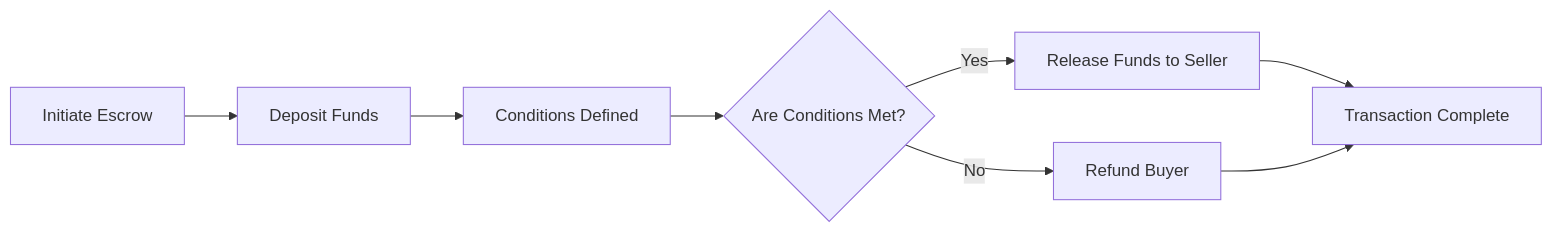
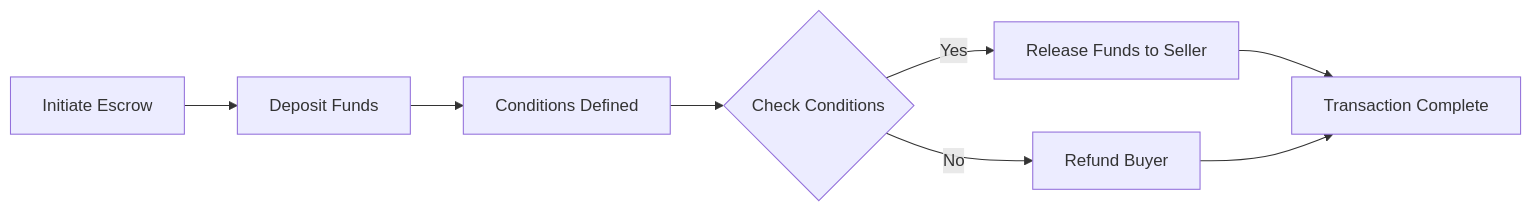
One commit to solana-turbin3/Q3_25_Builder_AQuental changed the diagram in escrow/README.md. Above: the diagram before and after it, drawn with Mermaid. The commit also changed other lines of this file and 21 other files, not shown here.

````diff
--- a/escrow/README.md
+++ b/escrow/README.md
@@ -7,10 +7,10 @@
 ```mermaid
 flowchart LR
     A[Initiate Escrow] --> B[Deposit Funds]
     B --> C[Conditions Defined]
-    C --> D{Are Conditions Met?}
+    C --> D{Check Conditions}
     D -->|Yes| E[Release Funds to Seller]
     D -->|No| F[Refund Buyer]
     E --> G[Transaction Complete]
     F --> G
 ```
````
